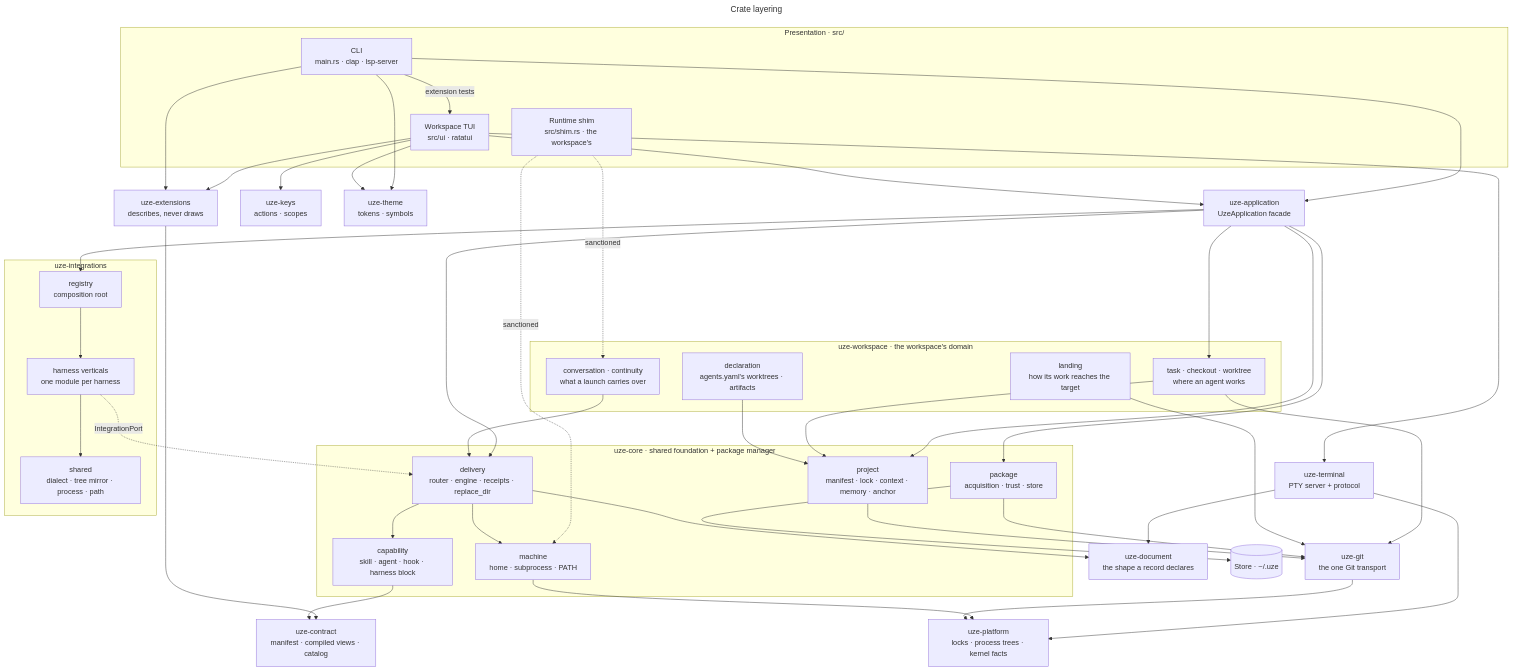
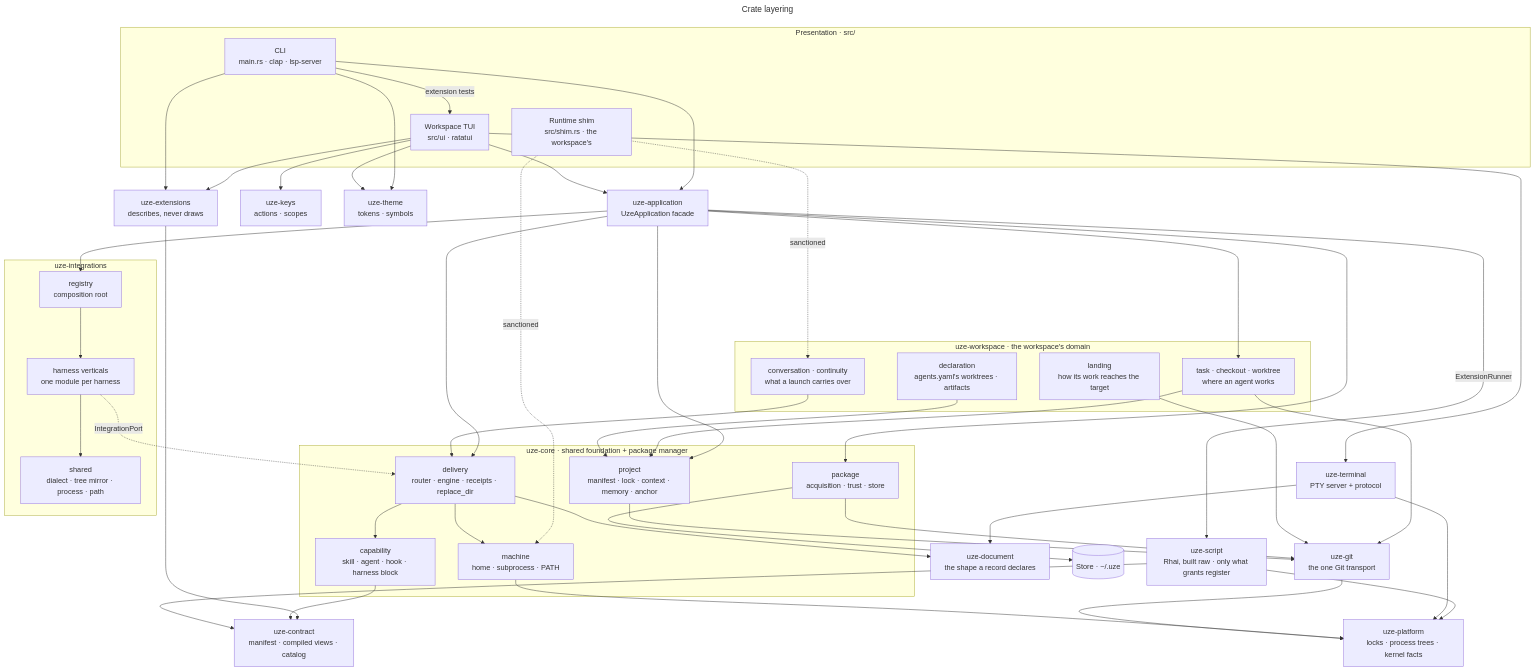
One commit to uze-sh/uze changed the diagram in docs/architecture/crate-layering.mmd. Above: the diagram before and after it, drawn with Mermaid. The commit also changed 2 other files, not shown here.

Commit message:
docs(architecture): draw uze-script in the crate layering and the containers
Closes task 8.3.

```diff
--- a/docs/architecture/crate-layering.mmd
+++ b/docs/architecture/crate-layering.mmd
@@ -1,74 +1,78 @@
 ---
 title: Crate layering
 ---
 flowchart TD
   subgraph presentation [Presentation · src/]
     cli[CLI<br/>main.rs · clap · lsp-server]
     tui[Workspace TUI<br/>src/ui · ratatui]
     shim[Runtime shim<br/>src/shim.rs · the workspace's]
   end
   ext[uze-extensions<br/>describes, never draws]
   contract[uze-contract<br/>manifest · compiled views · catalog]
+  script[uze-script<br/>Rhai, built raw · only what grants register]
   keys[uze-keys<br/>actions · scopes]
   theme[uze-theme<br/>tokens · symbols]
   terminal[uze-terminal<br/>PTY server + protocol]
   app[uze-application<br/>UzeApplication facade]
   subgraph ws [uze-workspace · the workspace's domain]
     tasks[task · checkout · worktree<br/>where an agent works]
     landing[landing<br/>how its work reaches the target]
     conversation[conversation · continuity<br/>what a launch carries over]
     declaration[declaration<br/>agents.yaml's worktrees · artifacts]
   end
   subgraph core [uze-core · shared foundation + package manager]
     package[package<br/>acquisition · trust · store]
     capability[capability<br/>skill · agent · hook · harness block]
     delivery[delivery<br/>router · engine · receipts · replace_dir]
     project[project<br/>manifest · lock · context · memory · anchor]
     machine[machine<br/>home · subprocess · PATH]
   end
   subgraph integrations [uze-integrations]
     registry[registry<br/>composition root]
     verticals[harness verticals<br/>one module per harness]
     shared[shared<br/>dialect · tree mirror · process · path]
   end
   git[uze-git<br/>the one Git transport]
   document[uze-document<br/>the shape a record declares]
   process[uze-platform<br/>locks · process trees · kernel facts]
   store[(Store · ~/.uze)]
 
   cli --> app
   tui --> app
   tui --> ext
   ext --> contract
   capability --> contract
   cli --> ext
   cli -->|extension tests| tui
   tui --> keys
   tui --> terminal
   cli --> theme
   tui --> theme
   shim -.->|sanctioned| machine
   app --> package
   app --> delivery
   app --> project
   app --> registry
+  app -->|ExtensionRunner| script
+  script --> contract
+  script --> process
   app --> tasks
   tasks --> project
   tasks --> git
   landing --> git
   declaration --> project
   conversation --> delivery
   shim -.->|sanctioned| conversation
   registry --> verticals
   verticals --> shared
   verticals -.->|IntegrationPort| delivery
   delivery --> capability
   delivery --> machine
   package --> git
   project --> git
   package --> store
   delivery --> document
   terminal --> document
   terminal --> process
   machine --> process
   git --> process
```
